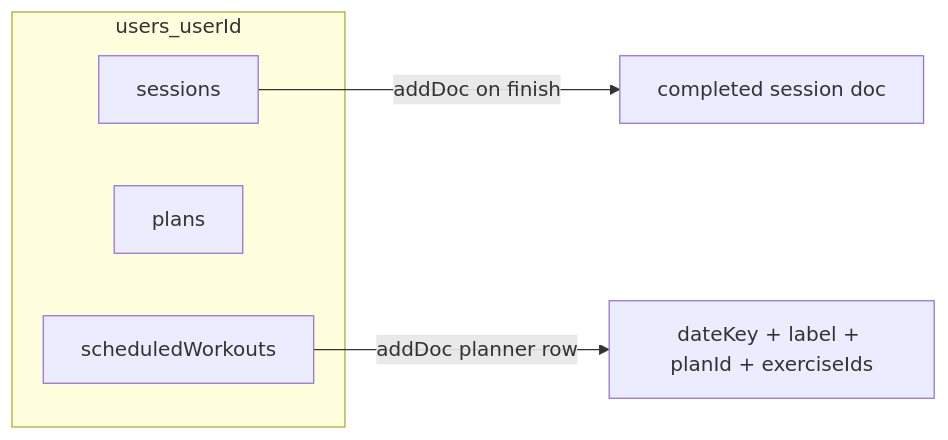
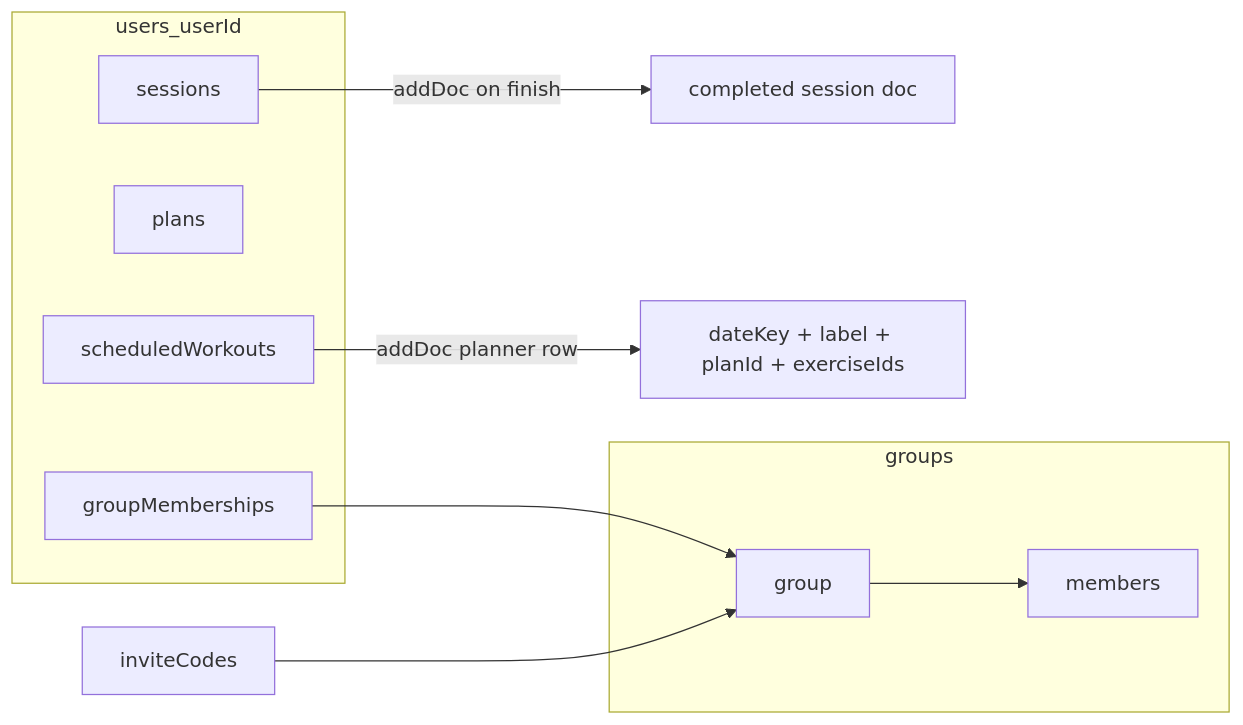
One commit to ShaneRich5/built-daily changed the diagram in docs/DATA_MODEL.md. Above: the diagram before and after it, drawn with Mermaid. The commit also changed other lines of this file and 13 other files, not shown here.

````diff
--- a/docs/DATA_MODEL.md
+++ b/docs/DATA_MODEL.md
@@ -21,10 +30,19 @@
 ```mermaid
 flowchart LR
   subgraph userPath [users_userId]
     sessions[sessions]
     plans[plans]
     scheduled[scheduledWorkouts]
+    memberships[groupMemberships]
   end
+  subgraph groupsPath [groups]
+    groupDoc[group]
+    members[members]
+  end
+  inviteCodes[inviteCodes]
   sessions -->|addDoc on finish| completed[completed session doc]
   scheduled -->|addDoc planner row| plannerRow[dateKey + label + planId + exerciseIds]
+  memberships --> groupDoc
+  inviteCodes --> groupDoc
+  groupDoc --> members
 ```
````
